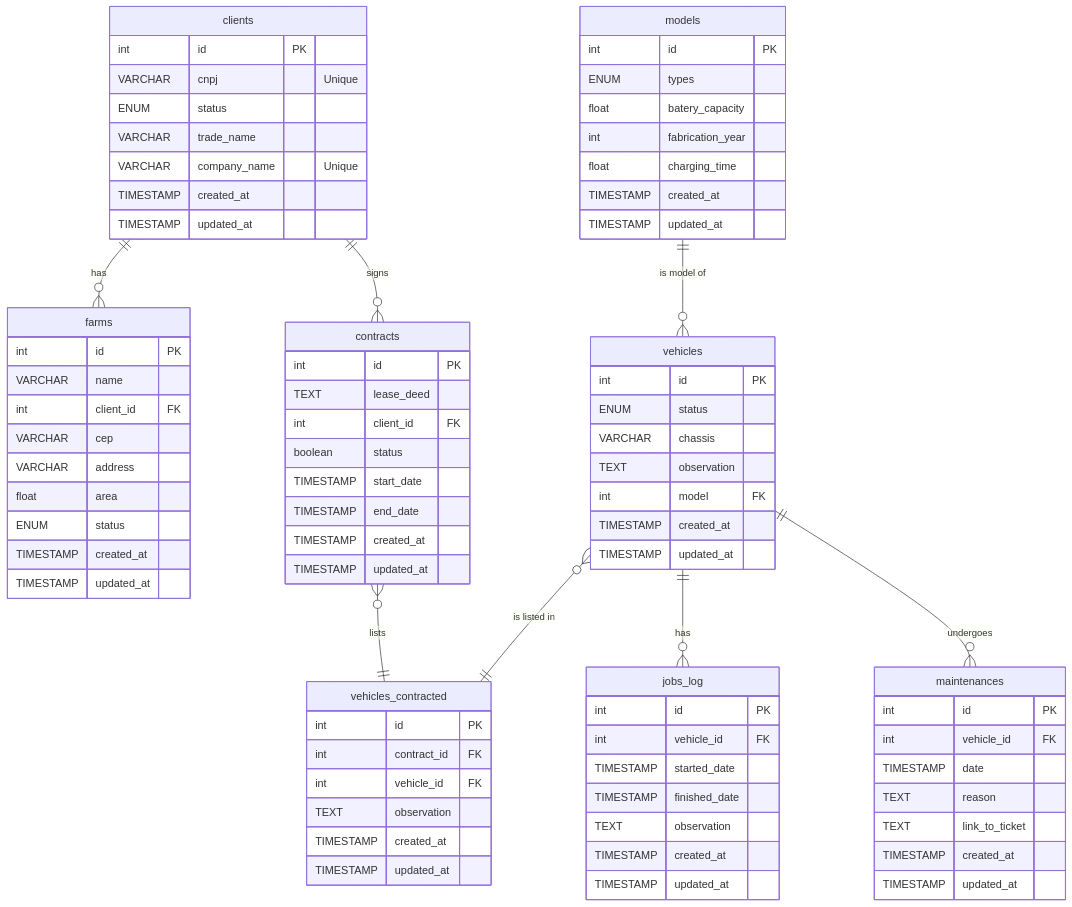
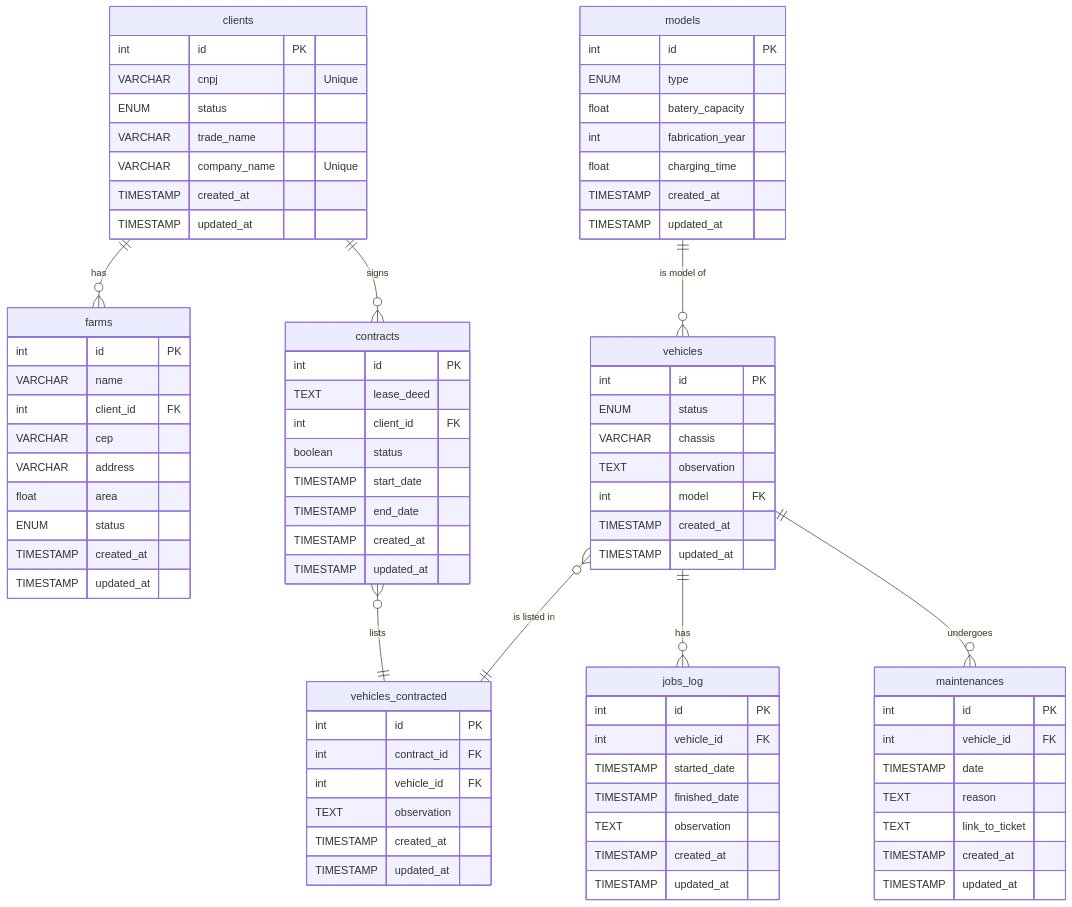
The diagram in docs/mysql_estrutura.md (GustavoBehnck/banco_de_dados_2), drawn with Mermaid before and after one commit. The commit also changed other lines of this file, not shown here.

Commit message:
fix: small fix in column name

```diff
--- a/docs/mysql_estrutura.md
+++ b/docs/mysql_estrutura.md
@@ -39,7 +39,7 @@
 
     models {
         int id PK
-        ENUM types
+        ENUM type
         float batery_capacity
         int fabrication_year
         float charging_time
```
